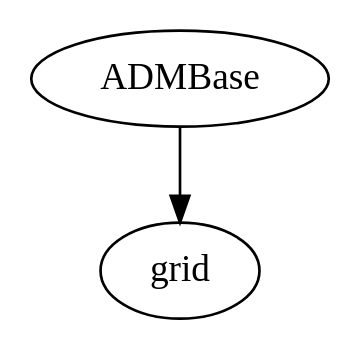
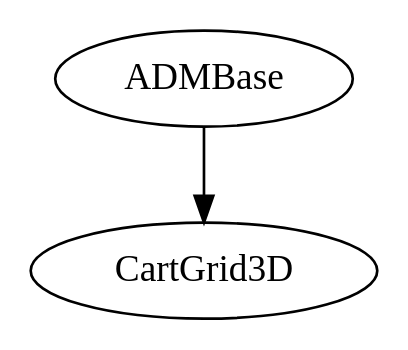
The first of 8 diagrams in note/Guide/InitialData.rst (YuLiumt/Cactus), drawn with Graphviz before and after one commit. The commit also changed other lines of this file and 91 other files, not shown here.

```diff
--- a/note/Guide/InitialData.rst
+++ b/note/Guide/InitialData.rst
@@ -25,3 +25,3 @@
 .. digraph:: foo
 
-    "ADMBase" -> "grid";
+    "ADMBase" -> "CartGrid3D";
```
